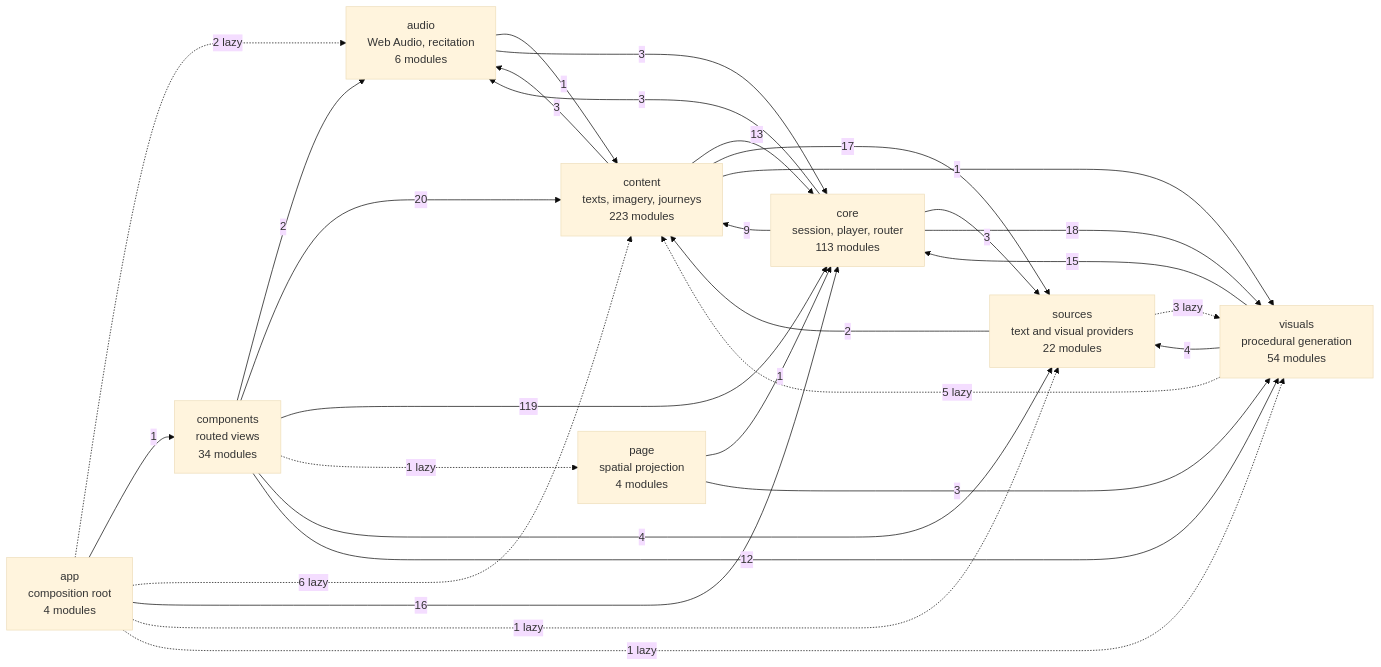
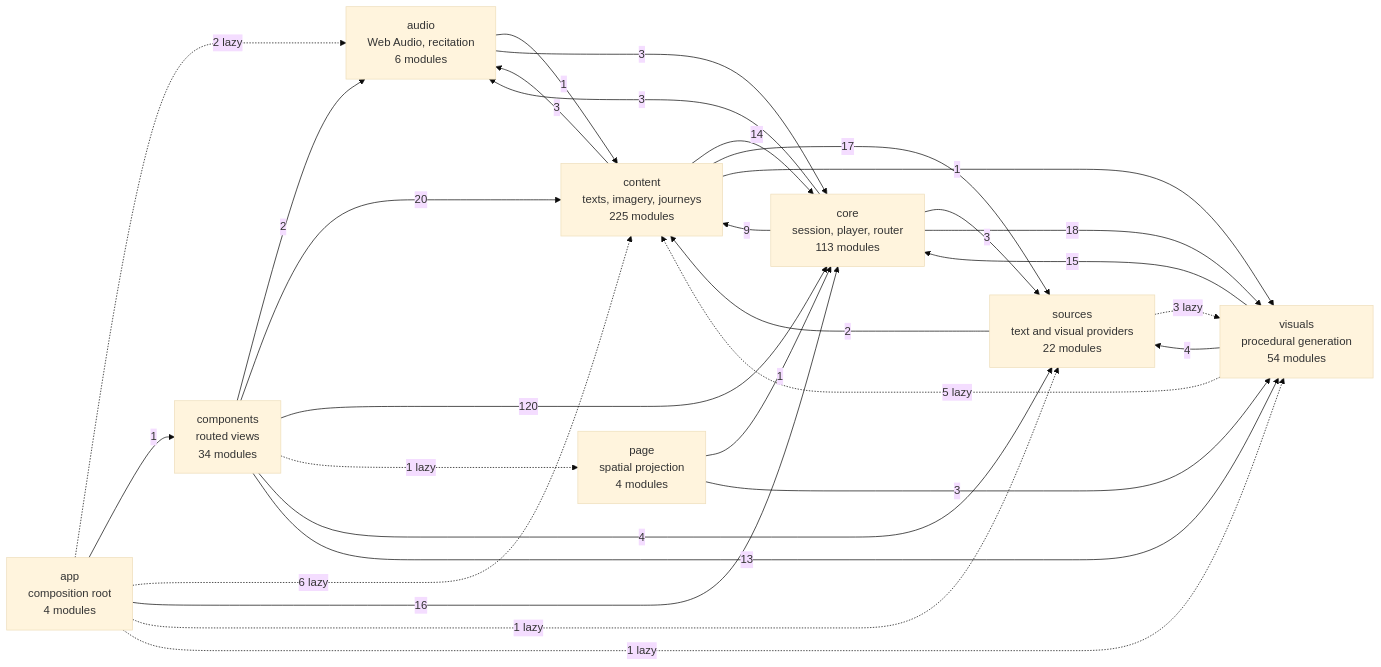
One commit to SyberLabs/RISE changed the diagram in docs/specs/ARCHITECTURE.md. Above: the diagram before and after it, drawn with Mermaid (base theme). The commit also changed 23 other files, not shown here.

````diff
--- a/docs/specs/ARCHITECTURE.md
+++ b/docs/specs/ARCHITECTURE.md
@@ -149,41 +149,41 @@
 ```mermaid
 flowchart LR
     app["app<br/>composition root<br/>4 modules"]
     audio["audio<br/>Web Audio, recitation<br/>6 modules"]
     components["components<br/>routed views<br/>34 modules"]
-    content["content<br/>texts, imagery, journeys<br/>223 modules"]
+    content["content<br/>texts, imagery, journeys<br/>225 modules"]
     core["core<br/>session, player, router<br/>113 modules"]
     page["page<br/>spatial projection<br/>4 modules"]
     sources["sources<br/>text and visual providers<br/>22 modules"]
     visuals["visuals<br/>procedural generation<br/>54 modules"]
 
     app -.-> |2 lazy| audio
     app --> |1| components
     app -.-> |6 lazy| content
     app --> |16| core
     app -.-> |1 lazy| sources
     app -.-> |1 lazy| visuals
     audio --> |1| content
     audio --> |3| core
     components --> |2| audio
     components --> |20| content
-    components --> |119| core
+    components --> |120| core
     components -.-> |1 lazy| page
     components --> |4| sources
-    components --> |12| visuals
+    components --> |13| visuals
     content --> |3| audio
-    content --> |13| core
+    content --> |14| core
     content --> |17| sources
     content --> |1| visuals
     core --> |3| audio
     core --> |9| content
     core --> |3| sources
     core --> |18| visuals
     page --> |1| core
     page --> |3| visuals
     sources --> |2| content
     sources -.-> |3 lazy| visuals
     visuals -.-> |5 lazy| content
     visuals --> |15| core
     visuals --> |4| sources
 ```
````
